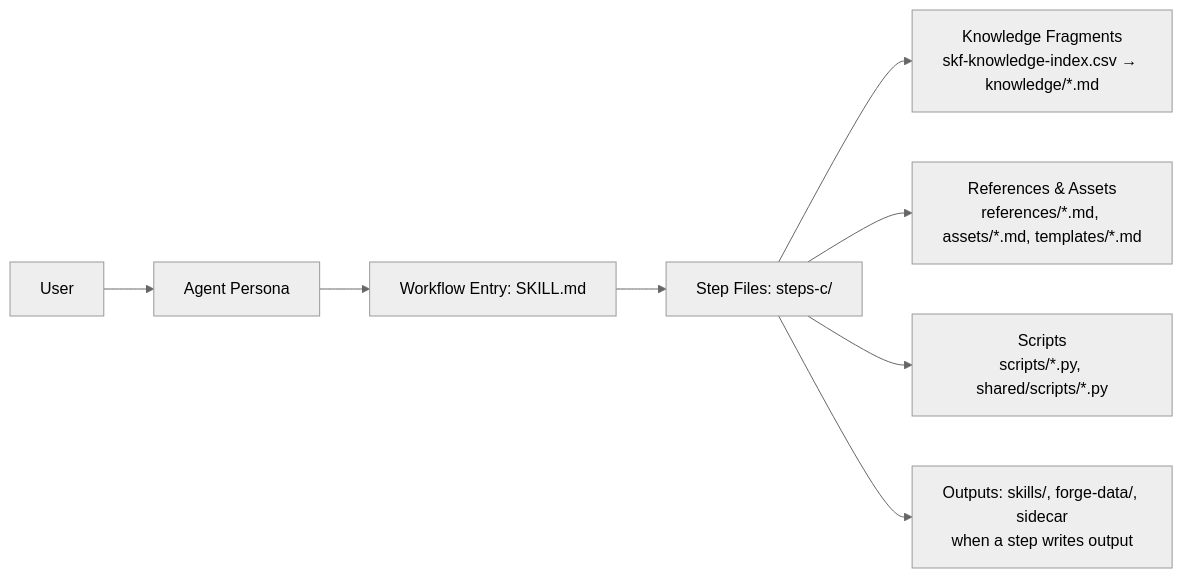
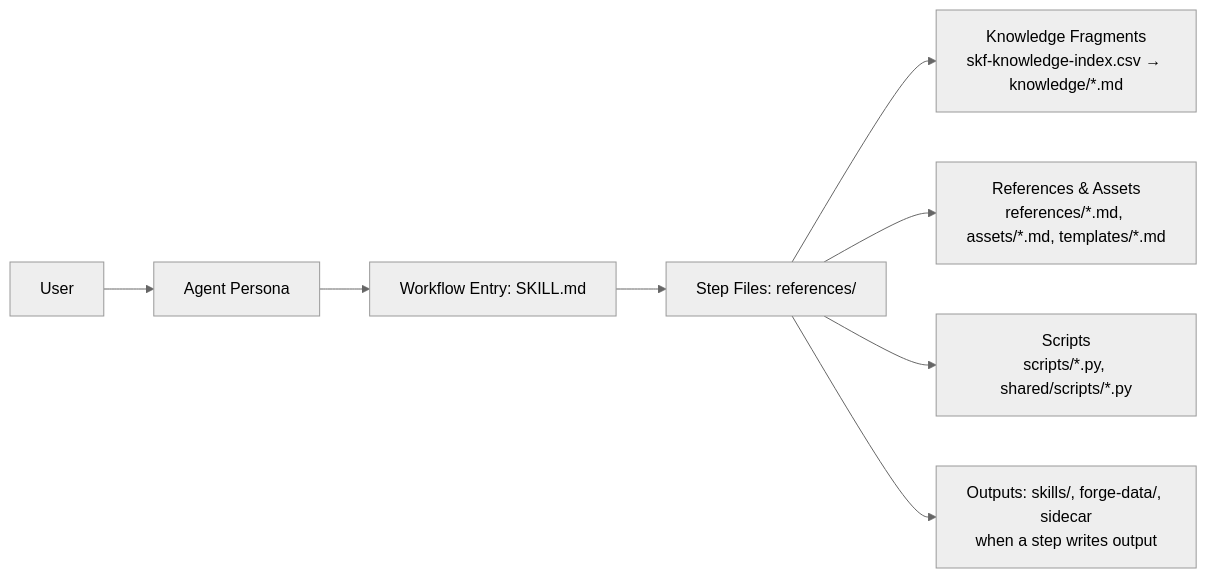
Before and after one commit to armelhbobdad/oh-my-skills: the diagram in _skf-learn/architecture.md, drawn with Mermaid (neutral theme). The commit also changed other lines of this file and 1033 other files, not shown here.

````diff
--- a/_skf-learn/architecture.md
+++ b/_skf-learn/architecture.md
@@ -40,10 +43,10 @@
 ```mermaid
 flowchart LR
   U[User] --> A[Agent Persona]
   A --> W[Workflow Entry: SKILL.md]
-  W --> S[Step Files: steps-c/]
+  W --> S[Step Files: references/]
   S --> K[Knowledge Fragments<br/>skf-knowledge-index.csv → knowledge/*.md]
   S --> D[References & Assets<br/>references/*.md, assets/*.md, templates/*.md]
   S --> P[Scripts<br/>scripts/*.py, shared/scripts/*.py]
   S --> O[Outputs: skills/, forge-data/, sidecar<br/>when a step writes output]
 ```
````
